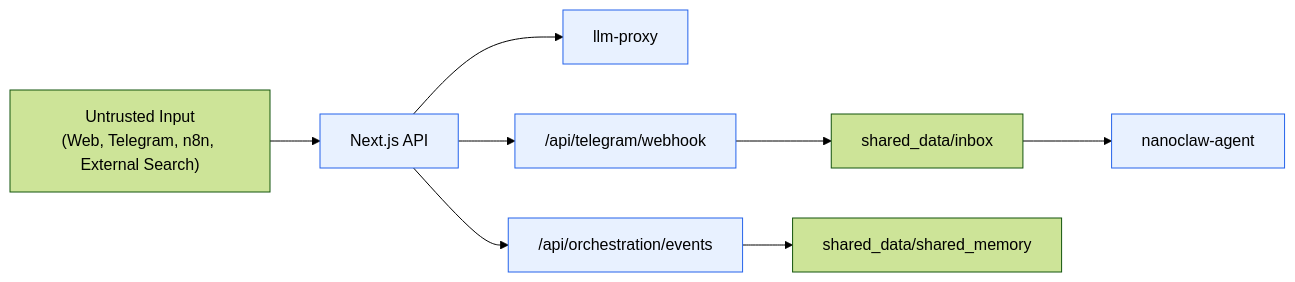
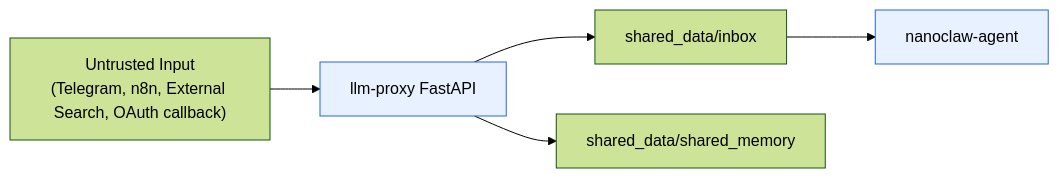
The first of 2 diagrams in docs/SECURITY_BASELINE.md (Merchantlee99/Personal-AI-agent-v2), drawn with Mermaid (forest theme) before and after one commit. The commit also changed other lines of this file and 136 other files, not shown here.

Commit message:
feat: stabilize telegram-first orchestration runtime

````diff
--- a/docs/SECURITY_BASELINE.md
+++ b/docs/SECURITY_BASELINE.md
@@ -13,13 +13,10 @@
 ```mermaid
 flowchart LR
-  EXT["Untrusted Input\n(Web, Telegram, n8n, External Search)"] --> API["Next.js API"]
-  API --> PX["llm-proxy"]
-  API --> ORCH["/api/orchestration/events"]
-  API --> TGCB["/api/telegram/webhook"]
-  TGCB --> INBOX["shared_data/inbox"]
-  ORCH --> MEM["shared_data/shared_memory"]
+  EXT["Untrusted Input\n(Telegram, n8n, External Search, OAuth callback)"] --> PX["llm-proxy FastAPI"]
+  PX --> INBOX["shared_data/inbox"]
+  PX --> MEM["shared_data/shared_memory"]
   INBOX --> AG["nanoclaw-agent"]
 
   classDef trusted fill:#e8f1ff,stroke:#2563eb,stroke-width:1px;
-  class API,PX,ORCH,TGCB,AG trusted;
+  class PX,AG trusted;
 ```
````
